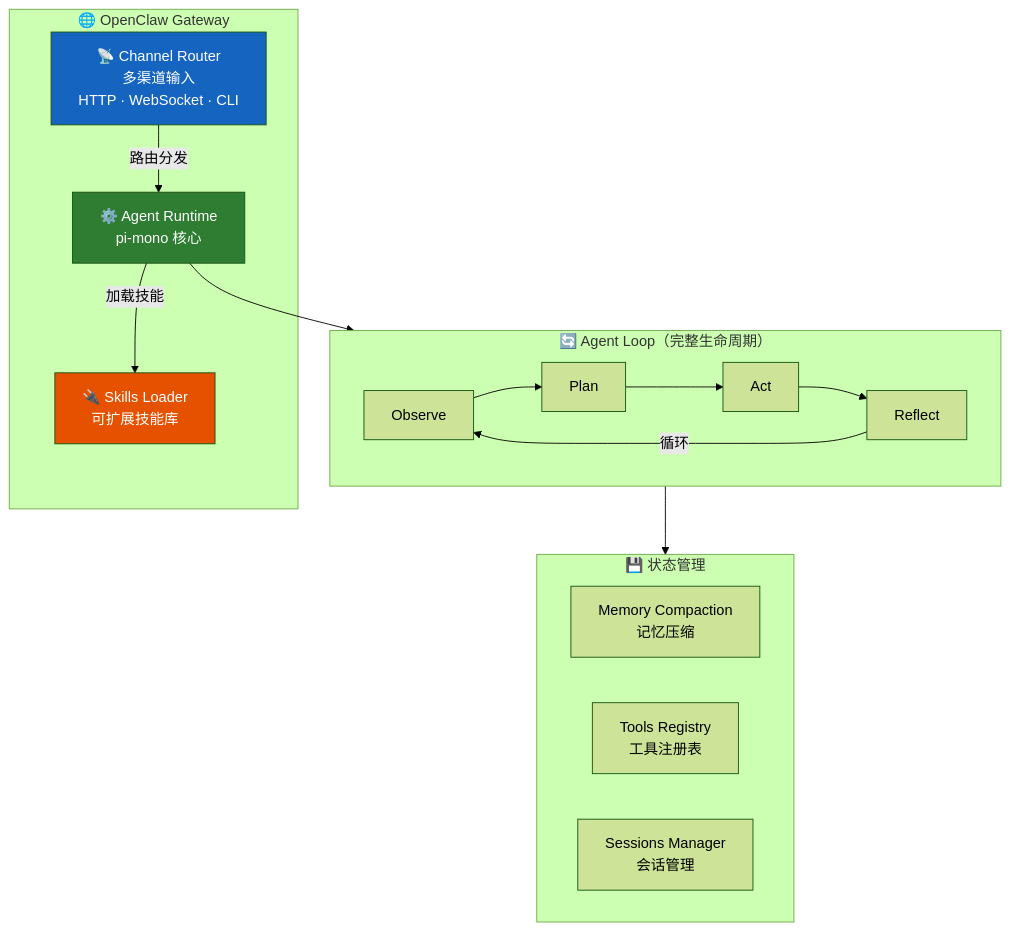
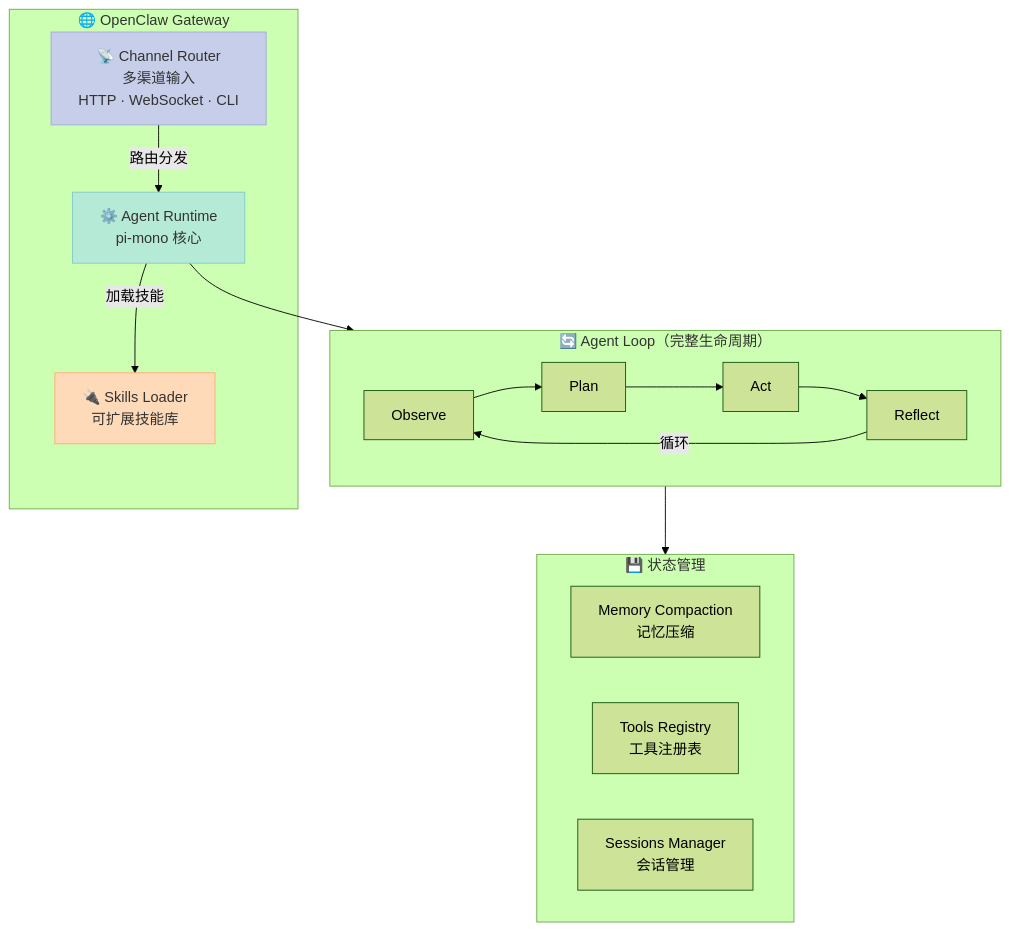
One commit to xuqi2024/xuqi2024.github.io changed the fourth of 5 diagrams in _posts/2026-04-14-ai-agent-principles-and-practice.md. Above: the diagram before and after it, drawn with Mermaid (forest theme). The commit also changed other lines of this file and 2 other files, not shown here.

````diff
--- a/_posts/2026-04-14-ai-agent-principles-and-practice.md
+++ b/_posts/2026-04-14-ai-agent-principles-and-practice.md
@@ -805,30 +805,30 @@
 ```mermaid
 graph TD
     subgraph GW["🌐 OpenClaw Gateway"]
         CR["📡 Channel Router\n多渠道输入\nHTTP · WebSocket · CLI"]
         AR["⚙️ Agent Runtime\npi-mono 核心"]
         SL["🔌 Skills Loader\n可扩展技能库"]
 
         CR -->|"路由分发"| AR
         AR -->|"加载技能"| SL
     end
 
     subgraph AL["🔄 Agent Loop（完整生命周期）"]
         direction LR
         OB2["Observe"] --> PL2["Plan"] --> AC2["Act"] --> RF2["Reflect"]
         RF2 -->|"循环"| OB2
     end
 
     subgraph ST["💾 状态管理"]
         MC["Memory Compaction\n记忆压缩"]
         TR["Tools Registry\n工具注册表"]
         SM["Sessions Manager\n会话管理"]
     end
 
     AR --> AL
     AL --> ST
 
-    style CR fill:#1565C0,color:#fff
-    style AR fill:#2E7D32,color:#fff
-    style SL fill:#E65100,color:#fff
+    style CR fill:#C7CEEA,stroke:#9FA8DA,color:#333
+    style AR fill:#B5EAD7,stroke:#80CBC4,color:#333
+    style SL fill:#FFDAB9,stroke:#FFAB76,color:#333
 ```
````
